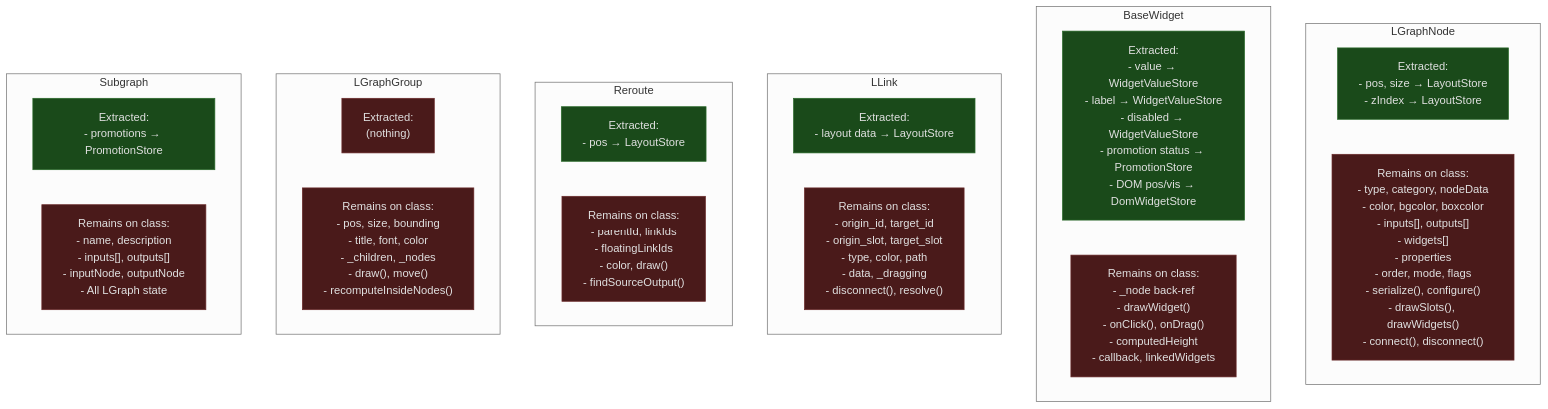
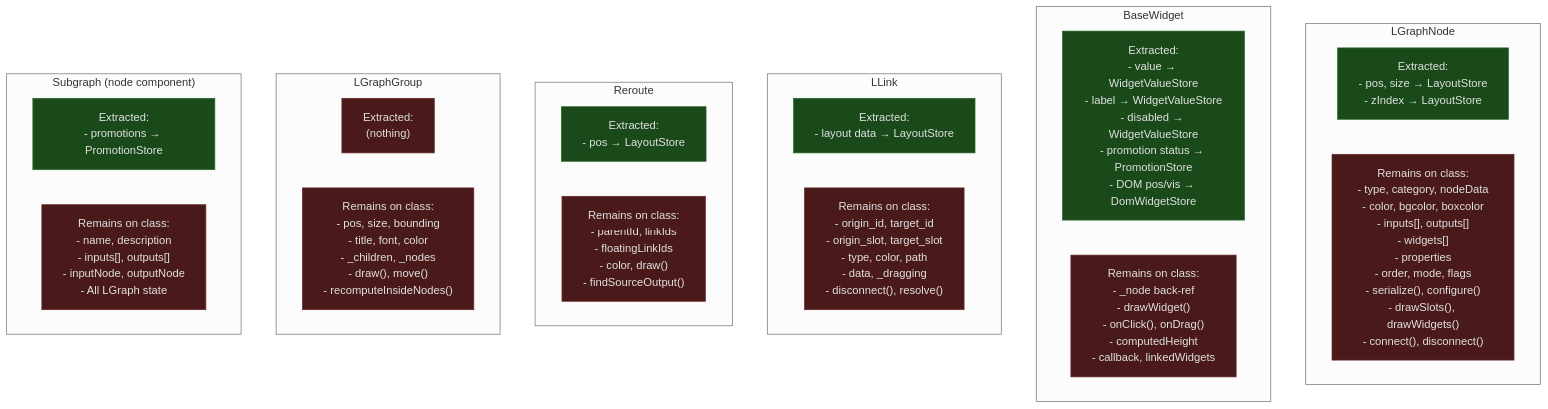
Before and after one commit to Comfy-Org/ComfyUI_frontend: the fourth of 4 diagrams in docs/architecture/proto-ecs-stores.md, drawn with Mermaid (neutral theme). The commit also changed other lines of this file and 6 other files, not shown here.

First line of the commit message:
docs: add subgraph boundaries doc, unify graph model across ECS architecture

```diff
--- a/docs/architecture/proto-ecs-stores.md
+++ b/docs/architecture/proto-ecs-stores.md
@@ -324,7 +324,7 @@
 - recomputeInsideNodes()"]
     end
 
-    subgraph Subgraph["Subgraph"]
+    subgraph Subgraph["Subgraph (node component)"]
         S_ext["Extracted:
 - promotions → PromotionStore"]
         S_rem["Remains on class:
```
